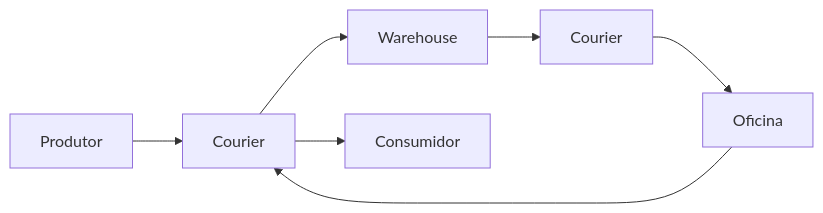
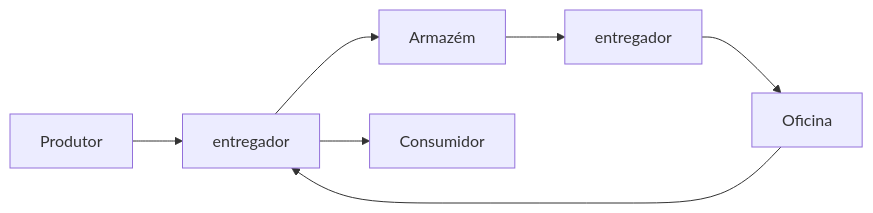
One commit to addandias/minecolonies-vault changed the diagram in content/06 - Recursos e Produção/Armazém e entregadores.md. Above: the diagram before and after it, drawn with Mermaid. The commit also changed other lines of this file and 127 other files, not shown here.

````diff
--- a/content/06 - Recursos e Produção/Armazém e entregadores.md
+++ b/content/06 - Recursos e Produção/Armazém e entregadores.md
@@ -16,9 +16,9 @@
 ```mermaid
 flowchart LR
-    A["Produtor"] --> B["Courier"]
-    B --> C["Warehouse"]
-    C --> D["Courier"]
+    A["Produtor"] --> B["entregador"]
+    B --> C["Armazém"]
+    C --> D["entregador"]
     D --> E["Oficina"]
     E --> B
     B --> F["Consumidor"]
 ```
````
